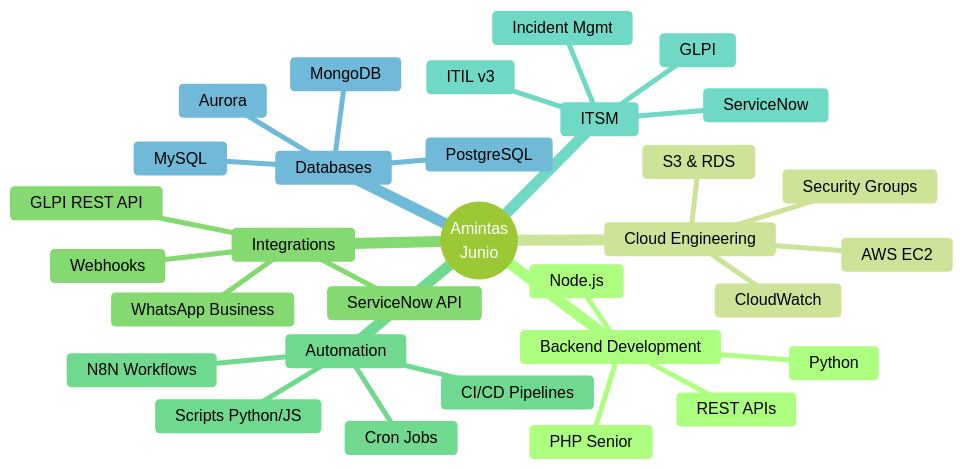
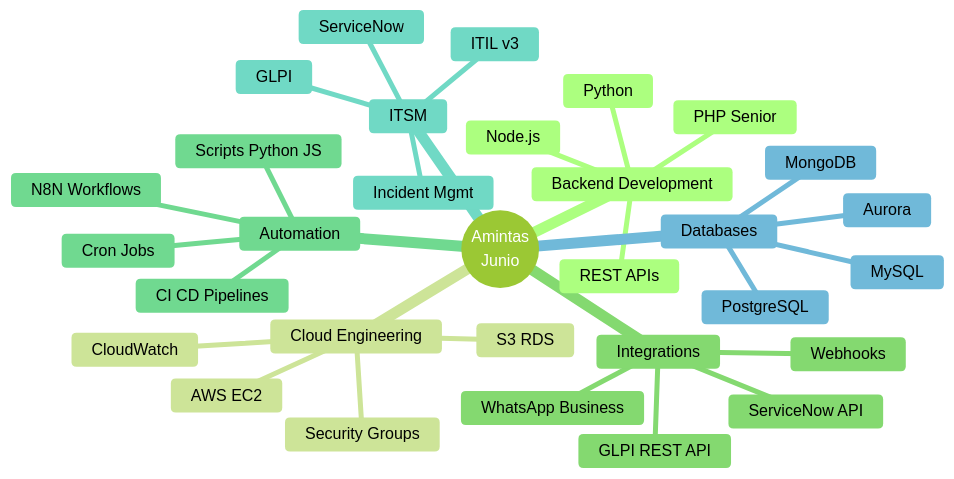
The diagram in README.md (amintasjunio/amintasjunio), drawn with Mermaid (forest theme) before and after one commit. The commit also changed other lines of this file, not shown here.

````diff
--- a/README.md
+++ b/README.md
@@ -164,34 +166,34 @@
 ```mermaid
 mindmap
   root((Amintas<br/>Junio))
     Backend Development
       PHP Senior
       Node.js
       Python
       REST APIs
     Cloud Engineering
       AWS EC2
-      S3 & RDS
+      S3 RDS
       Security Groups
       CloudWatch
     Integrations
       ServiceNow API
       WhatsApp Business
       GLPI REST API
       Webhooks
     Automation
       N8N Workflows
-      CI/CD Pipelines
-      Scripts Python/JS
+      CI CD Pipelines
+      Scripts Python JS
       Cron Jobs
     ITSM
       ServiceNow
       GLPI
       ITIL v3
       Incident Mgmt
     Databases
       MySQL
       PostgreSQL
       Aurora
       MongoDB
 ```
````
